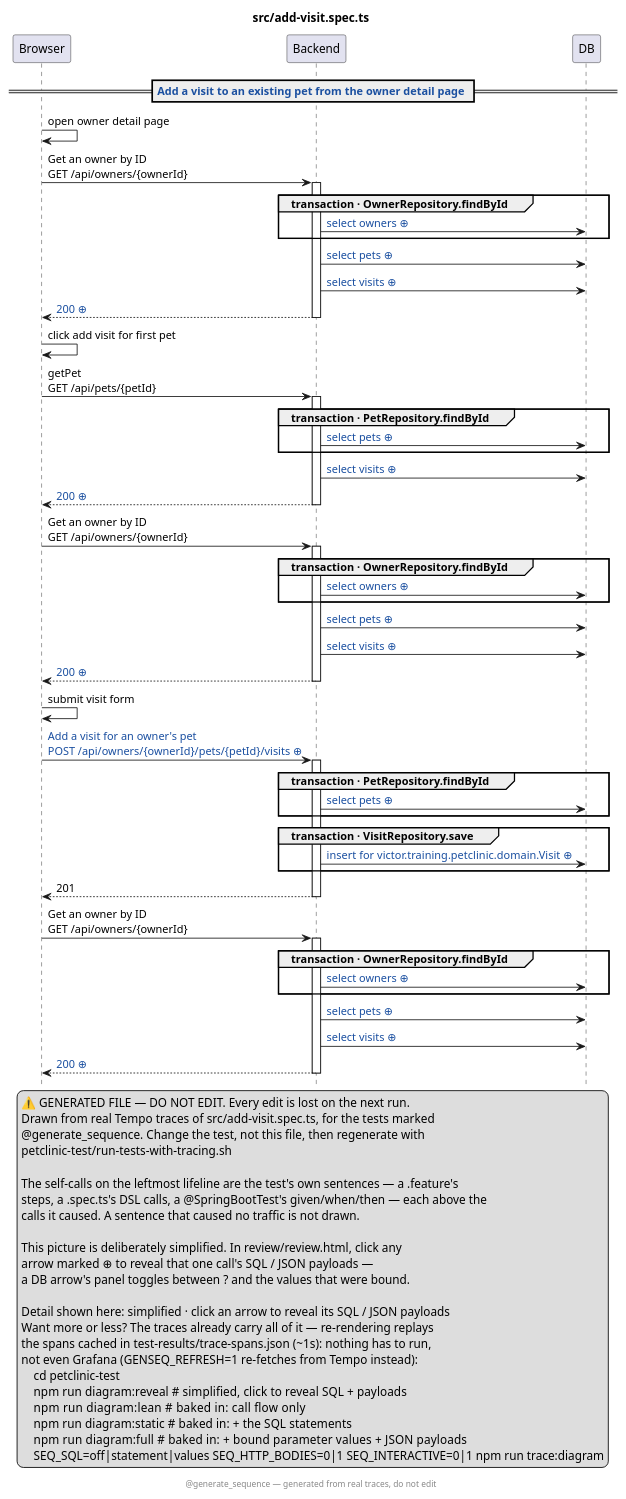
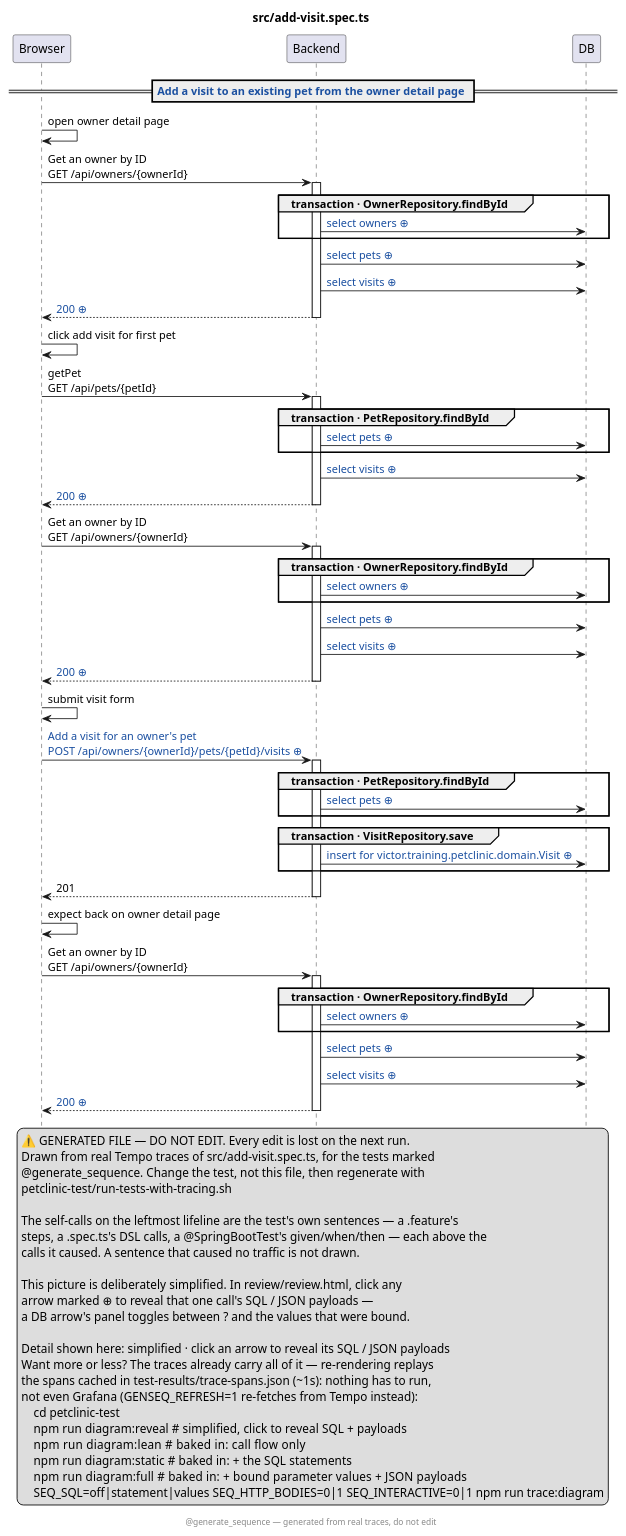
Before and after one commit to victorrentea/petclinic: the diagram in petclinic-test/src/add-visit.spec.ts.genseq.puml, drawn with PlantUML. The commit also changed 23 other files, not shown here.

```diff
--- a/petclinic-test/src/add-visit.spec.ts.genseq.puml
+++ b/petclinic-test/src/add-visit.spec.ts.genseq.puml
@@ -1,85 +1,86 @@
 @startuml
 ' ⚠️  GENERATED FILE — DO NOT EDIT. Every edit is lost on the next run.
 hide footbox
 skinparam hyperlinkUnderline false
 skinparam hyperlinkColor #1A4FA0
 title src/add-visit.spec.ts
 legend right
   ⚠️  GENERATED FILE — DO NOT EDIT. Every edit is lost on the next run.
   Drawn from real Tempo traces of src/add-visit.spec.ts, for the tests marked
   @generate_sequence. Change the test, not this file, then regenerate with
   petclinic-test/run-tests-with-tracing.sh
  
   The self-calls on the leftmost lifeline are the test's own sentences — a .feature's
   steps, a .spec.ts's DSL calls, a @SpringBootTest's given/when/then — each above the
   calls it caused. A sentence that caused no traffic is not drawn.
  
   This picture is deliberately simplified. In review/review.html, click any
   arrow marked ⊕ to reveal that one call's SQL / JSON payloads —
   a DB arrow's panel toggles between ? and the values that were bound.
  
   Detail shown here: simplified · click an arrow to reveal its SQL / JSON payloads
   Want more or less? The traces already carry all of it — re-rendering replays
   the spans cached in test-results/trace-spans.json (~1s): nothing has to run,
   not even Grafana (GENSEQ_REFRESH=1 re-fetches from Tempo instead):
       cd petclinic-test
       npm run diagram:reveal  # simplified, click to reveal SQL + payloads
       npm run diagram:lean    # baked in: call flow only
       npm run diagram:static  # baked in: + the SQL statements
       npm run diagram:full    # baked in: + bound parameter values + JSON payloads
       SEQ_SQL=off|statement|values SEQ_HTTP_BODIES=0|1 SEQ_INTERACTIVE=0|1 npm run trace:diagram
 end legend
 footer @generate_sequence — generated from real traces, do not edit
 participant Browser
 participant Backend
 participant DB
 == [[genseq-scenario://31{Open the test at this scenario} Add a visit to an existing pet from the owner detail page]] ==
 Browser -> Browser: open owner detail page
 Browser -> Backend: Get an owner by ID\nGET /api/owners/{ownerId}
 activate Backend
 group transaction · OwnerRepository.findById
-Backend -> DB: [[genseq://0totfe9{Click for the statement behind this call} select owners ⊕]]
+Backend -> DB: [[genseq://083xusu{Click for the statement behind this call} select owners ⊕]]
 end
-Backend -> DB: [[genseq://1hjadar{Click for the statement behind this call} select pets ⊕]]
-Backend -> DB: [[genseq://1cdku0l{Click for the statement behind this call} select visits ⊕]]
-Backend --> Browser: [[genseq://1uwtei0{Click for this call’s JSON body} 200 ⊕]]
+Backend -> DB: [[genseq://0j0trn8{Click for the statement behind this call} select pets ⊕]]
+Backend -> DB: [[genseq://16xt6fr{Click for the statement behind this call} select visits ⊕]]
+Backend --> Browser: [[genseq://1n77qqd{Click for this call’s JSON body} 200 ⊕]]
 deactivate Backend
 Browser -> Browser: click add visit for first pet
 Browser -> Backend: getPet\nGET /api/pets/{petId}
 activate Backend
 group transaction · PetRepository.findById
-Backend -> DB: [[genseq://0jw0huv{Click for the statement behind this call} select pets ⊕]]
+Backend -> DB: [[genseq://1cofzyh{Click for the statement behind this call} select pets ⊕]]
 end
-Backend -> DB: [[genseq://1cdku0l{Click for the statement behind this call} select visits ⊕]]
-Backend --> Browser: [[genseq://0helfwq{Click for this call’s JSON body} 200 ⊕]]
+Backend -> DB: [[genseq://16xt6fr{Click for the statement behind this call} select visits ⊕]]
+Backend --> Browser: [[genseq://08rkzxz{Click for this call’s JSON body} 200 ⊕]]
 deactivate Backend
 Browser -> Backend: Get an owner by ID\nGET /api/owners/{ownerId}
 activate Backend
 group transaction · OwnerRepository.findById
-Backend -> DB: [[genseq://0totfe9{Click for the statement behind this call} select owners ⊕]]
+Backend -> DB: [[genseq://083xusu{Click for the statement behind this call} select owners ⊕]]
 end
-Backend -> DB: [[genseq://1hjadar{Click for the statement behind this call} select pets ⊕]]
-Backend -> DB: [[genseq://1cdku0l{Click for the statement behind this call} select visits ⊕]]
-Backend --> Browser: [[genseq://0hh8kz8{Click for this call’s JSON body} 200 ⊕]]
+Backend -> DB: [[genseq://0j0trn8{Click for the statement behind this call} select pets ⊕]]
+Backend -> DB: [[genseq://16xt6fr{Click for the statement behind this call} select visits ⊕]]
+Backend --> Browser: [[genseq://1n77qqd{Click for this call’s JSON body} 200 ⊕]]
 deactivate Backend
 Browser -> Browser: submit visit form
-Browser -> Backend: [[genseq://169fsjy{Click for this call’s JSON body} Add a visit for an owner's pet\nPOST /api/owners/{ownerId}/pets/{petId}/visits ⊕]]
+Browser -> Backend: [[genseq://0i0qsfb{Click for this call’s JSON body} Add a visit for an owner's pet\nPOST /api/owners/{ownerId}/pets/{petId}/visits ⊕]]
 activate Backend
 group transaction · PetRepository.findById
-Backend -> DB: [[genseq://0jw0huv{Click for the statement behind this call} select pets ⊕]]
+Backend -> DB: [[genseq://1cofzyh{Click for the statement behind this call} select pets ⊕]]
 end
 group transaction · VisitRepository.save
-Backend -> DB: [[genseq://0yhyxsr{Click for the statement behind this call} insert for victor.training.petclinic.domain.Visit ⊕]]
+Backend -> DB: [[genseq://02hjr7r{Click for the statement behind this call} insert for victor.training.petclinic.domain.Visit ⊕]]
 end
 Backend --> Browser: 201
 deactivate Backend
+Browser -> Browser: expect back on owner detail page
 Browser -> Backend: Get an owner by ID\nGET /api/owners/{ownerId}
 activate Backend
 group transaction · OwnerRepository.findById
-Backend -> DB: [[genseq://0totfe9{Click for the statement behind this call} select owners ⊕]]
+Backend -> DB: [[genseq://083xusu{Click for the statement behind this call} select owners ⊕]]
 end
-Backend -> DB: [[genseq://1hjadar{Click for the statement behind this call} select pets ⊕]]
-Backend -> DB: [[genseq://1cdku0l{Click for the statement behind this call} select visits ⊕]]
-Backend --> Browser: [[genseq://068syfz{Click for this call’s JSON body} 200 ⊕]]
+Backend -> DB: [[genseq://0j0trn8{Click for the statement behind this call} select pets ⊕]]
+Backend -> DB: [[genseq://16xt6fr{Click for the statement behind this call} select visits ⊕]]
+Backend --> Browser: [[genseq://1vtxjdn{Click for this call’s JSON body} 200 ⊕]]
 deactivate Backend
 @enduml
```
